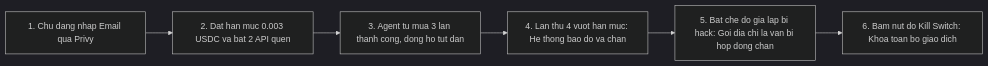
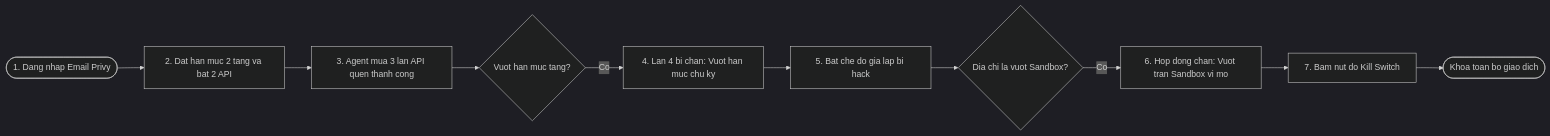
One commit to ZzIsSs/agentleash changed the first of 3 diagrams in docs/HUONG_DAN_CHUAN_BI_FIGMA.md. Above: the diagram before and after it, drawn with Mermaid (dark theme). The commit also changed other lines of this file and 1 other file, not shown here.

````diff
--- a/docs/HUONG_DAN_CHUAN_BI_FIGMA.md
+++ b/docs/HUONG_DAN_CHUAN_BI_FIGMA.md
@@ -129,8 +105,23 @@
 ```mermaid
 flowchart LR
-    s1["1. Chu dang nhap Email qua Privy"] --> s2["2. Dat han muc 0.003 USDC va bat 2 API quen"]
-    s2 --> s3["3. Agent tu mua 3 lan thanh cong, dong ho tut dan"]
-    s3 --> s4["4. Lan thu 4 vuot han muc: He thong bao do va chan"]
-    s4 --> s5["5. Bat che do gia lap bi hack: Goi dia chi la van bi hop dong chan"]
-    s5 --> s6["6. Bam nut do Kill Switch: Khoa toan bo giao dich"]
+    s1(["1. Dang nhap Email Privy"])
+    s2["2. Dat han muc 2 tang va bat 2 API"]
+    s3["3. Agent mua 3 lan API quen thanh cong"]
+    d1{"Vuot han muc tang?"}
+    s4["4. Lan 4 bi chan: Vuot han muc chu ky"]
+    s5["5. Bat che do gia lap bi hack"]
+    d2{"Dia chi la vuot Sandbox?"}
+    s6["6. Hop dong chan: Vuot tran Sandbox vi mo"]
+    s7["7. Bam nut do Kill Switch"]
+    s8(["Khoa toan bo giao dich"])
+
+    s1 --> s2
+    s2 --> s3
+    s3 --> d1
+    d1 -->|"Co"| s4
+    s4 --> s5
+    s5 --> d2
+    d2 -->|"Co"| s6
+    s6 --> s7
+    s7 --> s8
 ```
````
